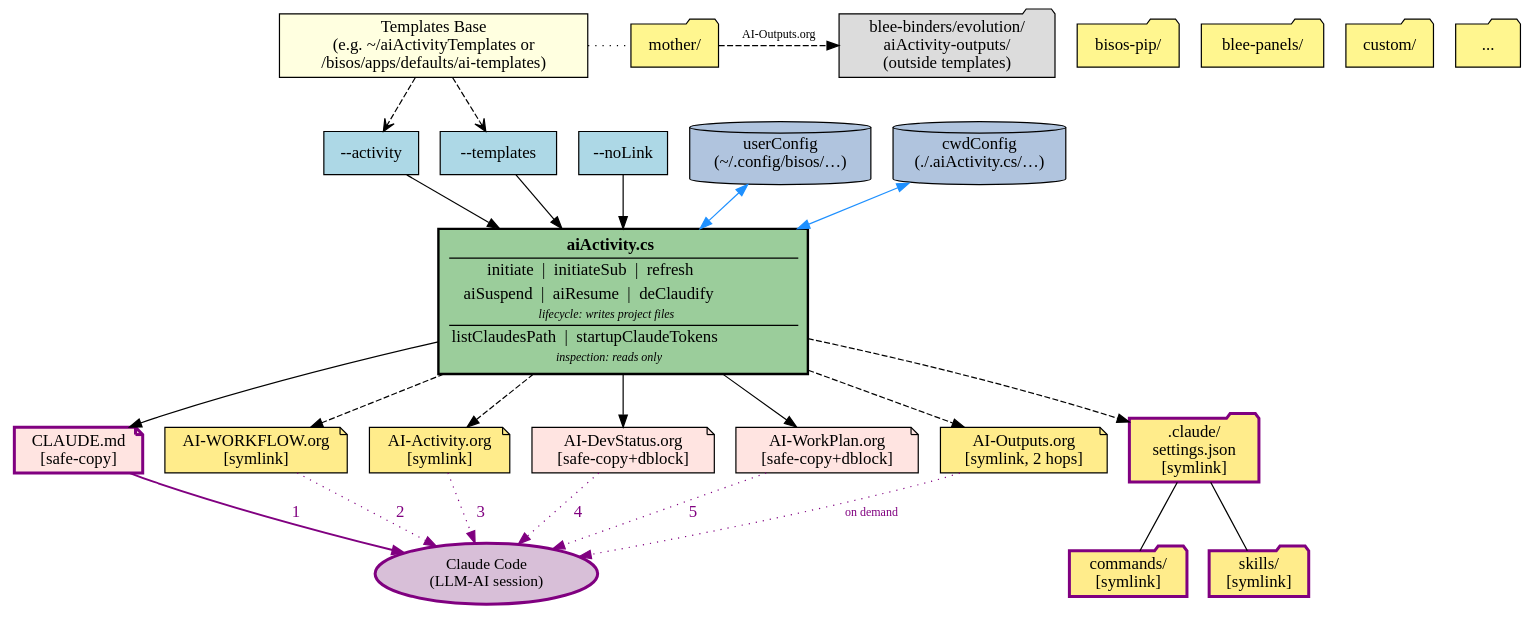
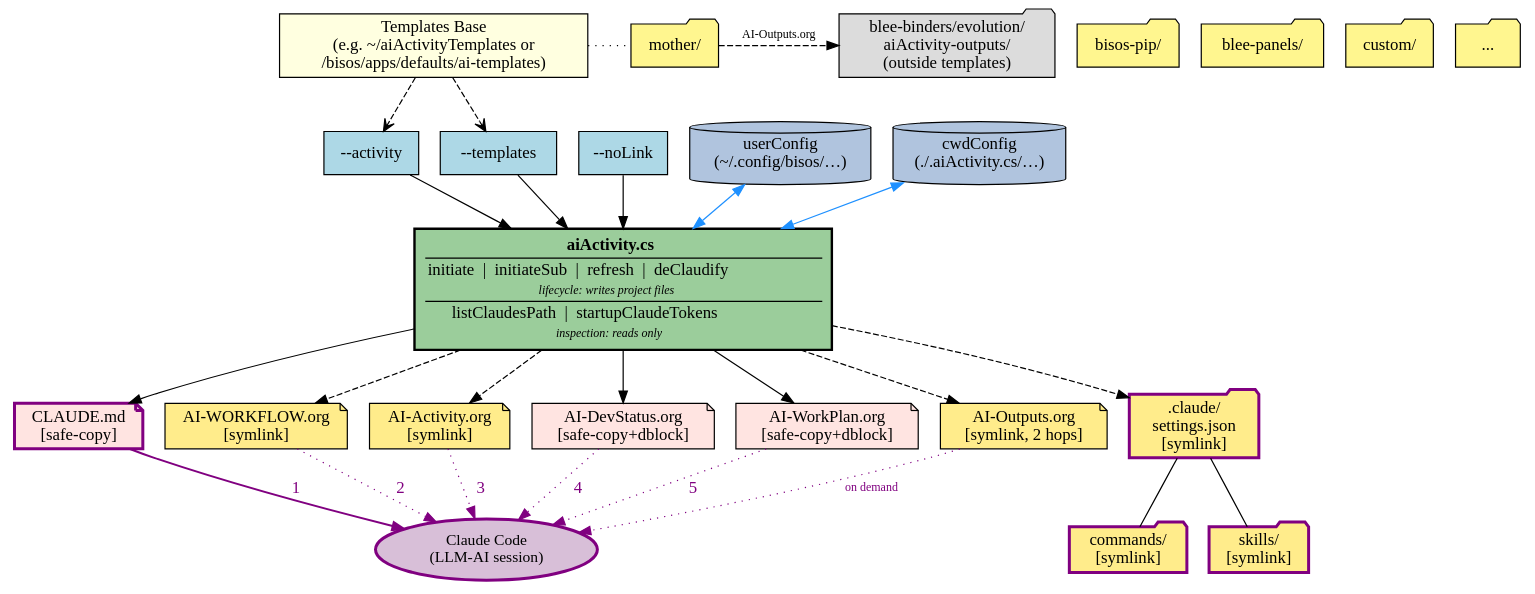
Before and after one commit to bisos-pip/aiActivity: the diagram in py3/images/aiActivityFlow.gv, drawn with Graphviz. The commit also changed 14 other files, not shown here.

First line of the commit message:
A sub-project now follows its initiated parent's templates and gets its own AI-Outputs.org; aiSuspend/aiResume, never used, are retired ([[14.1]], [[14.4]], [[14.5]]).

```diff
--- a/py3/images/aiActivityFlow.gv
+++ b/py3/images/aiActivityFlow.gv
@@ -1,79 +1,287 @@
 digraph {
-	rankdir=TB
+	graph [bb="0,0,1255.5,472.16",
+		rankdir=TB
+	];
+	node [label="\N"];
 	{
-		rank=same
-		tpl_base [label="Templates Base
+		graph [rank=same];
+		tpl_base	[fillcolor=lightyellow,
+			height=0.73611,
+			label="Templates Base
 (e.g. ~/aiActivityTemplates or
-/bisos/apps/defaults/ai-templates)" fillcolor=lightyellow shape=rectangle style=filled]
-		tpl_mother [label="mother/" fillcolor=khaki1 shape=folder style=filled]
-		ext_outputs [label="blee-binders/evolution/
+/bisos/apps/defaults/ai-templates)",
+			pos="349.5,445.66",
+			shape=rectangle,
+			style=filled,
+			width=3.5694];
+		tpl_mother	[fillcolor=khaki1,
+			height=0.5,
+			label="mother/",
+			pos="550.5,445.66",
+			shape=folder,
+			style=filled,
+			width=1.0139];
+		ext_outputs	[fillcolor=gainsboro,
+			height=0.73611,
+			label="blee-binders/evolution/
 aiActivity-outputs/
-(outside templates)" fillcolor=gainsboro shape=folder style=filled]
-		tpl_bisospip [label="bisos-pip/" fillcolor=khaki1 shape=folder style=filled]
-		tpl_bleepanels [label="blee-panels/" fillcolor=khaki1 shape=folder style=filled]
-		tpl_custom [label="custom/" fillcolor=khaki1 shape=folder style=filled]
-		tpl_dots [label="..." fillcolor=khaki1 shape=folder style=filled]
-	}
-	tpl_base -> tpl_mother [arrowhead=none constraint=false style=dotted]
-	tpl_mother -> ext_outputs [label=" AI-Outputs.org " constraint=false fontsize=10 style=dashed]
-	{
-		rank=same
-		par_activity [label="--activity" fillcolor=lightblue shape=rectangle style=filled]
-		par_templates [label="--templates" fillcolor=lightblue shape=rectangle style=filled]
-		par_nolink [label="--noLink" fillcolor=lightblue shape=rectangle style=filled]
-		par_userconfig [label="userConfig
-(~/.config/bisos/…)" fillcolor=lightsteelblue shape=cylinder style=filled]
-		par_cwdconfig [label="cwdConfig
-(./.aiActivity.cs/…)" fillcolor=lightsteelblue shape=cylinder style=filled]
-	}
-	tpl_base -> par_templates [arrowhead=vee style=dashed]
-	tpl_base -> par_activity [arrowhead=vee style=dashed]
-	engine [label=<<TABLE BORDER="0" CELLBORDER="0" CELLSPACING="1"><TR><TD><B>aiActivity.cs</B></TD></TR><HR/><TR><TD>initiate  |  initiateSub  |  refresh</TD></TR><TR><TD>aiSuspend  |  aiResume  |  deClaudify</TD></TR><TR><TD><FONT POINT-SIZE="10"><I>lifecycle: writes project files</I></FONT></TD></TR><HR/><TR><TD>listClaudesPath  |  startupClaudeTokens</TD></TR><TR><TD><FONT POINT-SIZE="10"><I>inspection: reads only</I></FONT></TD></TR></TABLE>> fillcolor=darkseagreen3 fontsize=14 shape=rectangle style="filled,bold"]
-	par_activity -> engine
-	par_templates -> engine
-	par_nolink -> engine
-	par_userconfig -> engine [color=dodgerblue dir=both]
-	par_cwdconfig -> engine [color=dodgerblue dir=both]
-	{
-		rank=same
-		gen_claude [label="CLAUDE.md
-[safe-copy]" color=purple fillcolor=mistyrose penwidth=2.5 shape=note style=filled]
-		gen_workflow [label="AI-WORKFLOW.org
-[symlink]" fillcolor=lightgoldenrod1 shape=note style=filled]
-		gen_activity [label="AI-Activity.org
-[symlink]" fillcolor=lightgoldenrod1 shape=note style=filled]
-		gen_devstatus [label="AI-DevStatus.org
-[safe-copy+dblock]" fillcolor=mistyrose shape=note style=filled]
-		gen_workplan [label="AI-WorkPlan.org
-[safe-copy+dblock]" fillcolor=mistyrose shape=note style=filled]
-		gen_outputs [label="AI-Outputs.org
-[symlink, 2 hops]" fillcolor=lightgoldenrod1 shape=note style=filled]
-		gen_claudedir [label=".claude/
-settings.json
-[symlink]" color=purple fillcolor=lightgoldenrod1 penwidth=2.5 shape=folder style=filled]
+(outside templates)",
+			pos="777.5,445.66",
+			shape=folder,
+			style=filled,
+			width=2.5];
+		tpl_bisospip	[fillcolor=khaki1,
+			height=0.5,
+			label="bisos-pip/",
+			pos="928.5,445.66",
+			shape=folder,
+			style=filled,
+			width=1.1806];
+		tpl_bleepanels	[fillcolor=khaki1,
+			height=0.5,
+			label="blee-panels/",
+			pos="1040.5,445.66",
+			shape=folder,
+			style=filled,
+			width=1.4167];
+		tpl_custom	[fillcolor=khaki1,
+			height=0.5,
+			label="custom/",
+			pos="1146.5,445.66",
+			shape=folder,
+			style=filled,
+			width=1.0139];
+		tpl_dots	[fillcolor=khaki1,
+			height=0.5,
+			label="...",
+			pos="1228.5,445.66",
+			shape=folder,
+			style=filled,
+			width=0.75];
 	}
 	{
-		rank=same
-		cld_commands [label="commands/
-[symlink]" color=purple fillcolor=lightgoldenrod1 penwidth=2.5 shape=folder style=filled]
-		cld_skills [label="skills/
-[symlink]" color=purple fillcolor=lightgoldenrod1 penwidth=2.5 shape=folder style=filled]
+		graph [rank=same];
+		par_activity	[fillcolor=lightblue,
+			height=0.5,
+			label="--activity",
+			pos="297.5,356.04",
+			shape=rectangle,
+			style=filled,
+			width=1.0972];
+		par_templates	[fillcolor=lightblue,
+			height=0.5,
+			label="--templates",
+			pos="403.5,356.04",
+			shape=rectangle,
+			style=filled,
+			width=1.3472];
+		par_nolink	[fillcolor=lightblue,
+			height=0.5,
+			label="--noLink",
+			pos="507.5,356.04",
+			shape=rectangle,
+			style=filled,
+			width=1.0278];
+		par_userconfig	[fillcolor=lightsteelblue,
+			height=0.72569,
+			label="userConfig
+(~/.config/bisos/…)",
+			pos="638.5,356.04",
+			shape=cylinder,
+			style=filled,
+			width=2.0972];
+		par_cwdconfig	[fillcolor=lightsteelblue,
+			height=0.72569,
+			label="cwdConfig
+(./.aiActivity.cs/…)",
+			pos="804.5,356.04",
+			shape=cylinder,
+			style=filled,
+			width=2];
 	}
-	gen_claudedir -> cld_commands [arrowhead=none style=solid]
-	gen_claudedir -> cld_skills [arrowhead=none style=solid]
-	engine -> gen_claude
-	engine -> gen_workflow [style=dashed]
-	engine -> gen_activity [style=dashed]
-	engine -> gen_devstatus
-	engine -> gen_workplan
-	engine -> gen_outputs [style=dashed]
-	engine -> gen_claudedir [style=dashed]
-	claude [label="Claude Code
-(LLM-AI session)" color=purple fillcolor=thistle fontsize=13 penwidth=2.5 shape=ellipse style="filled,bold"]
-	gen_claude -> claude [label="  1  " color=purple fontcolor=purple penwidth=1.6]
-	gen_workflow -> claude [label="  2  " color=purple fontcolor=purple style=dotted]
-	gen_activity -> claude [label="  3  " color=purple fontcolor=purple style=dotted]
-	gen_devstatus -> claude [label="  4  " color=purple fontcolor=purple style=dotted]
-	gen_workplan -> claude [label="  5  " color=purple fontcolor=purple style=dotted]
-	gen_outputs -> claude [label=" on demand " color=purple fontcolor=purple fontsize=10 style=dotted]
+	{
+		graph [rank=same];
+		gen_claude	[color=purple,
+			fillcolor=mistyrose,
+			height=0.52778,
+			label="CLAUDE.md
+[safe-copy]",
+			penwidth=2.5,
+			pos="53.5,128.41",
+			shape=note,
+			style=filled,
+			width=1.4861];
+		gen_workflow	[fillcolor=lightgoldenrod1,
+			height=0.52778,
+			label="AI-WORKFLOW.org
+[symlink]",
+			pos="201.5,128.41",
+			shape=note,
+			style=filled,
+			width=2.1111];
+		gen_activity	[fillcolor=lightgoldenrod1,
+			height=0.52778,
+			label="AI-Activity.org
+[symlink]",
+			pos="354.5,128.41",
+			shape=note,
+			style=filled,
+			width=1.625];
+		gen_devstatus	[fillcolor=mistyrose,
+			height=0.52778,
+			label="AI-DevStatus.org
+[safe-copy+dblock]",
+			pos="507.5,128.41",
+			shape=note,
+			style=filled,
+			width=2.1111];
+		gen_workplan	[fillcolor=mistyrose,
+			height=0.52778,
+			label="AI-WorkPlan.org
+[safe-copy+dblock]",
+			pos="677.5,128.41",
+			shape=note,
+			style=filled,
+			width=2.1111];
+		gen_outputs	[fillcolor=lightgoldenrod1,
+			height=0.52778,
+			label="AI-Outputs.org
+[symlink, 2 hops]",
+			pos="841.5,128.41",
+			shape=note,
+			style=filled,
+			width=1.9306];
+		gen_claudedir	[color=purple,
+			fillcolor=lightgoldenrod1,
+			height=0.73611,
+			label=".claude/
+settings.json
+[symlink]",
+			penwidth=2.5,
+			pos="983.5,128.41",
+			shape=folder,
+			style=filled,
+			width=1.5];
+	}
+	{
+		graph [rank=same];
+		cld_commands	[color=purple,
+			fillcolor=lightgoldenrod1,
+			height=0.52778,
+			label="commands/
+[symlink]",
+			penwidth=2.5,
+			pos="928.5,25.456",
+			shape=folder,
+			style=filled,
+			width=1.3611];
+		cld_skills	[color=purple,
+			fillcolor=lightgoldenrod1,
+			height=0.52778,
+			label="skills/
+[symlink]",
+			penwidth=2.5,
+			pos="1037.5,25.456",
+			shape=folder,
+			style=filled,
+			width=1.1528];
+	}
+	tpl_base -> tpl_mother	[arrowhead=none,
+		constraint=false,
+		pos="478.27,445.66 490.12,445.66 501.97,445.66 513.82,445.66",
+		style=dotted];
+	tpl_base -> par_activity	[arrowhead=vee,
+		pos="e,307.62,374.09 334.18,418.85 327.42,407.45 319.49,394.1 312.74,382.72",
+		style=dashed];
+	tpl_base -> par_templates	[arrowhead=vee,
+		pos="e,392.99,374.09 365.41,418.85 372.43,407.45 380.66,394.1 387.67,382.72",
+		style=dashed];
+	tpl_mother -> ext_outputs	[constraint=false,
+		fontsize=10,
+		label=" AI-Outputs.org ",
+		lp="637.25,454.16",
+		pos="e,687.42,445.66 587.22,445.66 611.68,445.66 645.09,445.66 677.09,445.66",
+		style=dashed];
+	engine	[fillcolor=darkseagreen3,
+		fontsize=14,
+		height=1.4028,
+		label=<<TABLE BORDER="0" CELLBORDER="0" CELLSPACING="1"><TR><TD><B>aiActivity.cs</B></TD></TR><HR/><TR><TD>initiate  |  initiateSub  |  refresh  |  deClaudify</TD></TR><TR><TD><FONT POINT-SIZE="10"><I>lifecycle: writes project files</I></FONT></TD></TR><HR/><TR><TD>listClaudesPath  |  startupClaudeTokens</TD></TR><TR><TD><FONT POINT-SIZE="10"><I>inspection: reads only</I></FONT></TD></TR></TABLE>>,
+		pos="507.5,242.41",
+		shape=rectangle,
+		style="filled,bold",
+		width=4.8333];
+	par_activity -> engine	[pos="e,414.25,292.98 329.85,337.84 350.3,326.97 377.97,312.26 405.37,297.7"];
+	par_templates -> engine	[pos="e,461.28,293.02 419.75,337.6 429.2,327.45 441.7,314.04 454.29,300.52"];
+	par_nolink -> engine	[pos="e,507.5,293.02 507.5,337.6 507.5,328.11 507.5,315.76 507.5,303.15"];
+	par_userconfig -> engine	[color=dodgerblue,
+		dir=both,
+		pos="s,608.77,329.71 e,565.78,293.07 601.02,323.1 592.44,315.79 583.06,307.79 573.66,299.79"];
+	par_cwdconfig -> engine	[color=dodgerblue,
+		dir=both,
+		pos="s,741.15,331.23 e,639.48,293.01 731.52,327.61 706.54,318.22 677.67,307.37 649.13,296.64"];
+	engine -> gen_claude	[pos="e,95.509,147.54 333.12,209.33 264.89,195.1 186.38,176.62 116.5,154.91 112.74,153.74 108.89,152.45 105.04,151.08"];
+	engine -> gen_workflow	[pos="e,250.81,147.46 371.95,191.8 332.83,177.48 292.17,162.6 260.38,150.96",
+		style=dashed];
+	engine -> gen_activity	[pos="e,379.44,147.67 439.5,191.63 421.45,178.42 402.77,164.75 387.53,153.59",
+		style=dashed];
+	engine -> gen_devstatus	[pos="e,507.5,147.67 507.5,191.63 507.5,180.01 507.5,168.03 507.5,157.72"];
+	engine -> gen_workplan	[pos="e,649.79,147.67 583.05,191.63 603.29,178.3 624.25,164.49 641.27,153.28"];
+	engine -> gen_outputs	[pos="e,787.68,147.46 655.46,191.8 698.52,177.36 743.29,162.34 778.13,150.66",
+		style=dashed];
+	engine -> gen_claudedir	[pos="e,929.42,152.01 681.54,212.1 753.16,198.27 836.77,179.86 919.83,154.92",
+		style=dashed];
+	claude	[color=purple,
+		fillcolor=thistle,
+		fontsize=13,
+		height=0.70711,
+		label="Claude Code
+(LLM-AI session)",
+		penwidth=2.5,
+		pos="393.5,25.456",
+		shape=ellipse,
+		style="filled,bold",
+		width=2.5731];
+	gen_claude -> claude	[color=purple,
+		fontcolor=purple,
+		label="  1  ",
+		lp="236.5,76.412",
+		penwidth=1.6,
+		pos="e,325.09,42.685 96.284,109.3 103,106.69 109.9,104.14 116.5,101.91 182.66,79.598 259.36,59.11 315.25,45.131"];
+	gen_workflow -> claude	[color=purple,
+		fontcolor=purple,
+		label="  2  ",
+		lp="323.5,76.412",
+		pos="e,351.78,48.394 235.83,109.36 265.5,93.758 308.82,70.984 342.54,53.251",
+		style=dotted];
+	gen_activity -> claude	[color=purple,
+		fontcolor=purple,
+		label="  3  ",
+		lp="390.5,76.412",
+		pos="e,384.1,50.798 361.47,109.36 366.7,95.836 374,76.922 380.32,60.574",
+		style=dotted];
+	gen_devstatus -> claude	[color=purple,
+		fontcolor=purple,
+		label="  4  ",
+		lp="471.5,76.412",
+		pos="e,420.14,50.05 487.12,109.36 470.68,94.807 447.2,74.013 427.87,56.892",
+		style=dotted];
+	gen_workplan -> claude	[color=purple,
+		fontcolor=purple,
+		label="  5  ",
+		lp="567.5,76.412",
+		pos="e,448.68,46.073 626.73,109.36 579.66,92.632 509.41,67.66 458.31,49.496",
+		style=dotted];
+	gen_outputs -> claude	[color=purple,
+		fontcolor=purple,
+		fontsize=10,
+		label=" on demand ",
+		lp="714.5,76.412",
+		pos="e,470.75,39.683 788.19,109.32 779.65,106.68 770.86,104.11 762.5,101.91 667.02,76.823 555.83,55.083 480.65,41.468",
+		style=dotted];
+	gen_claudedir -> cld_commands	[arrowhead=none,
+		pos="969.48,101.68 959.74,83.799 947,60.422 938.33,44.506",
+		style=solid];
+	gen_claudedir -> cld_skills	[arrowhead=none,
+		pos="997.27,101.68 1006.8,83.799 1019.3,60.422 1027.8,44.506",
+		style=solid];
 }
```
